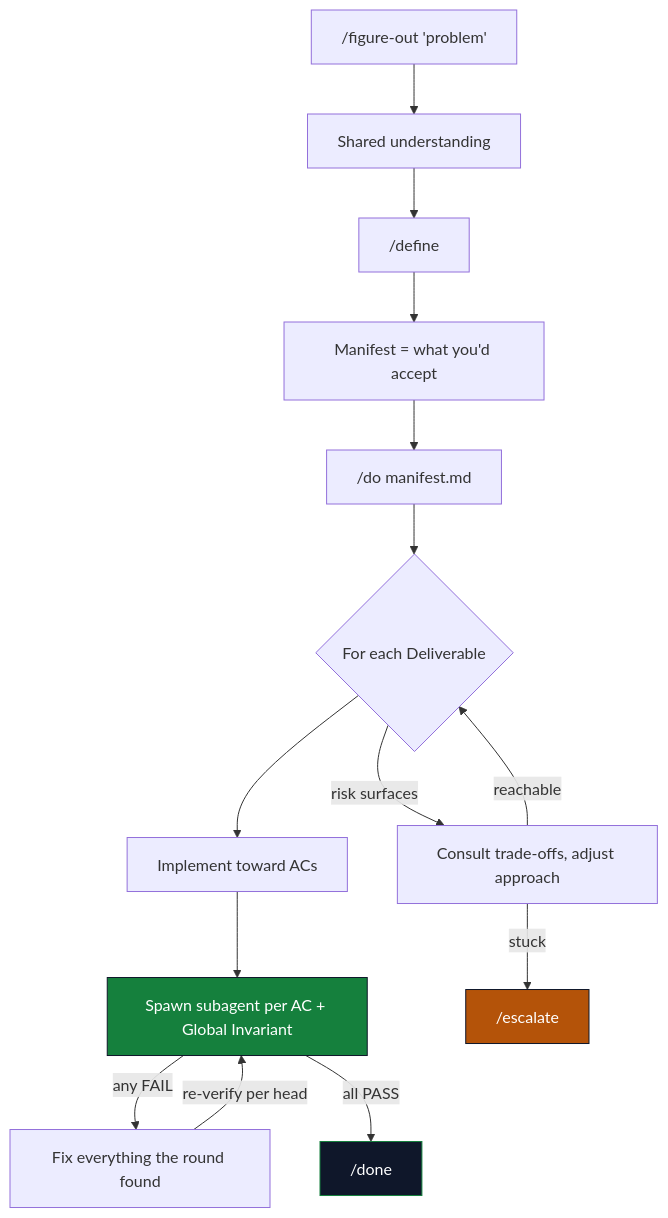
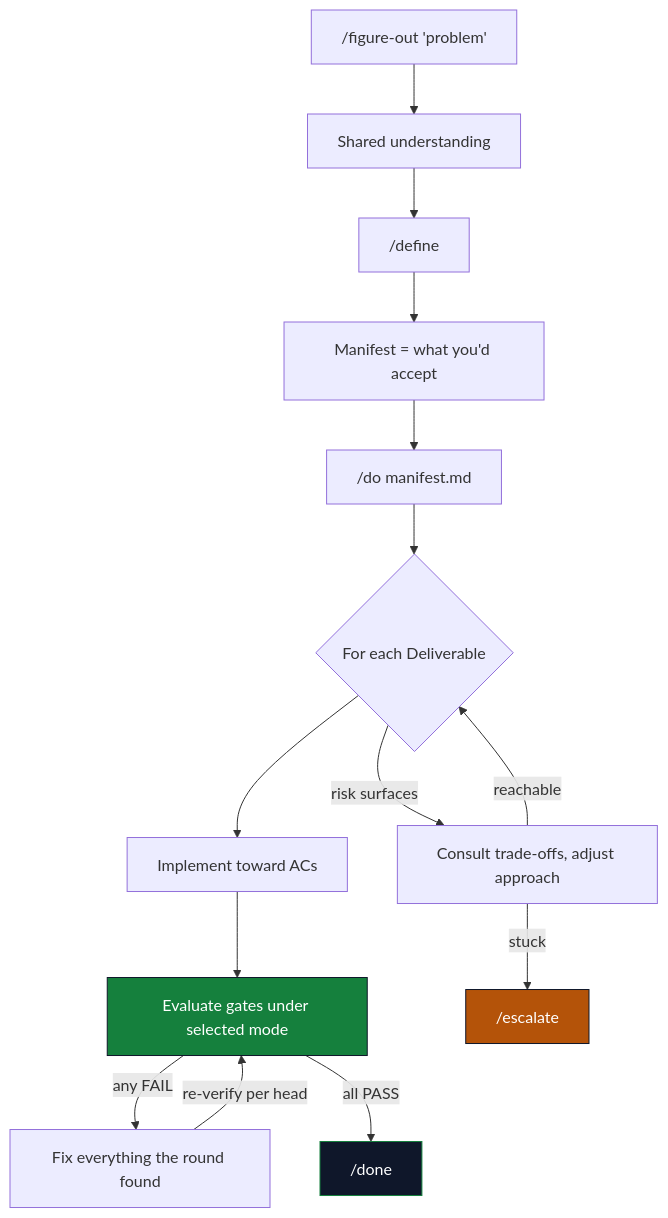
The diagram in README.md (doodledood/manifest-dev), drawn with Mermaid before and after one commit. The commit also changed other lines of this file and 123 other files, not shown here.

````diff
--- a/README.md
+++ b/README.md
@@ -94,22 +96,22 @@
 ```mermaid
 flowchart TD
     A["/figure-out 'problem'"] --> B["Shared understanding"]
     B --> C["/define"]
     C --> D["Manifest = what you'd accept"]
     D --> E["/do manifest.md"]
     E --> F{"For each Deliverable"}
     F --> G["Implement toward ACs"]
-    G --> H["Spawn subagent per AC + Global Invariant"]
+    G --> H["Evaluate gates under selected mode"]
     H -->|any FAIL| I["Fix everything the round found"]
     I -->|re-verify per head| H
     H -->|all PASS| J["/done"]
     F -->|risk surfaces| K["Consult trade-offs, adjust approach"]
     K -->|reachable| F
     K -->|stuck| L["/escalate"]
     classDef gate fill:#15803D,stroke:#0F172A,color:#FFFFFF;
     classDef done fill:#0F172A,stroke:#15803D,color:#FFFFFF;
     classDef stop fill:#B45309,stroke:#0F172A,color:#FFFFFF;
     class H gate;
     class J done;
     class L stop;
 ```
````
